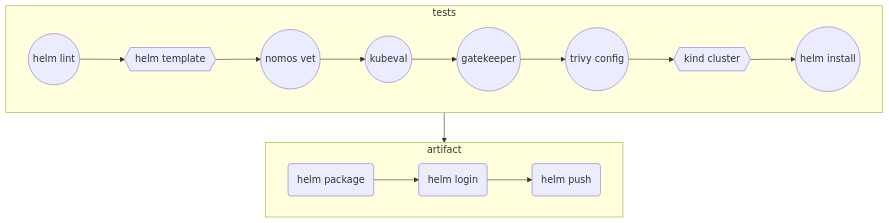
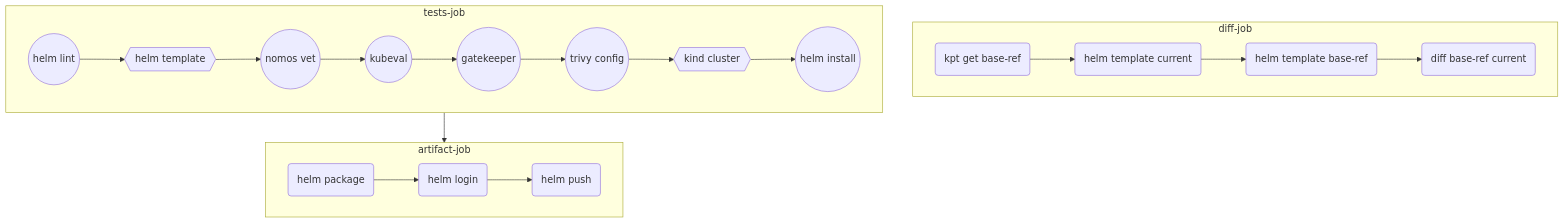
The first of 2 diagrams in README.md (mathieu-benoit/ci-with-helm), drawn with Mermaid before and after one commit. The commit also changed other lines of this file, not shown here.

Commit message:
add diff-job in graph

````diff
--- a/README.md
+++ b/README.md
@@ -26,17 +32,22 @@
 ```mermaid
 flowchart TB
-    subgraph tests
+    subgraph diff-job
+    get(kpt get base-ref) --> build1(helm template current)
+    build1 --> build2(helm template base-ref)
+    build2 --> diff(diff base-ref current)
+    end
+    subgraph tests-job
     lint((helm lint)) --> template{{helm template}}
     template --> vet((nomos vet))
     vet --> kubeval((kubeval))
     kubeval --> gatekeeper((gatekeeper))
     gatekeeper --> trivy((trivy config))
     trivy --> kind{{kind cluster}}
     kind --> deploy((helm install))
     end
-    subgraph artifact
+    subgraph artifact-job
     package(helm package) --> login(helm login)
     login --> push(helm push)
     end
-    tests --> artifact
+    tests-job --> artifact-job
 ```
````
